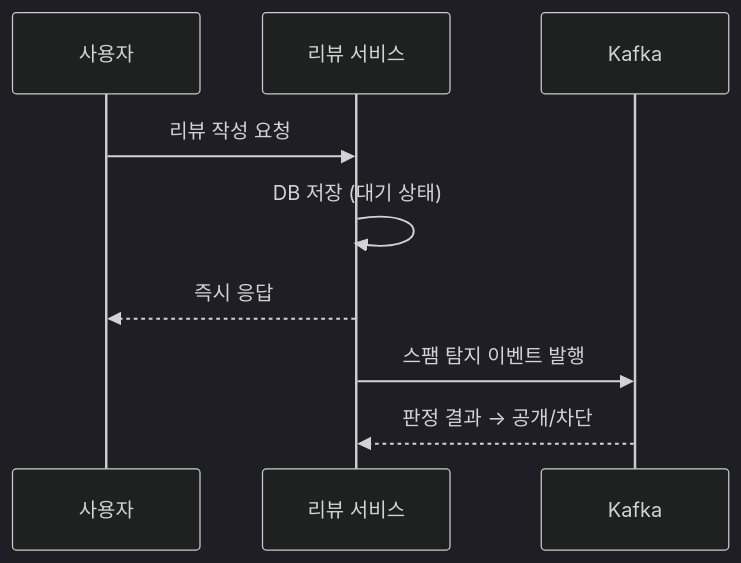
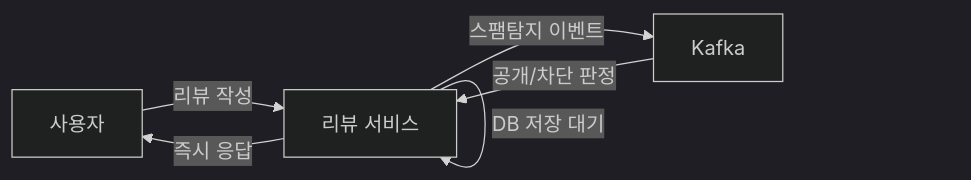
Before and after one commit to yjkim2015/yjkim2015.github.io: the second of 5 diagrams in _posts/systemdesign/2026-05-11-system-design-review.md, drawn with Mermaid (dark theme). The commit also changed other lines of this file and 84 other files, not shown here.

First line of the commit message:
85개 포스트 Mermaid 다이어그램 규칙 일괄 수정

````diff
--- a/_posts/systemdesign/2026-05-11-system-design-review.md
+++ b/_posts/systemdesign/2026-05-11-system-design-review.md
@@ -131,11 +131,8 @@
 ```mermaid
-sequenceDiagram
-    participant U as 사용자
-    participant RS as 리뷰 서비스
-    participant K as Kafka
-    U->>RS: 리뷰 작성 요청
-    RS->>RS: DB 저장 (대기 상태)
-    RS-->>U: 즉시 응답
-    RS->>K: 스팸 탐지 이벤트 발행
-    K-->>RS: 판정 결과 → 공개/차단
+graph LR
+    A[사용자] -->|리뷰 작성| B[리뷰 서비스]
+    B -->|DB 저장 대기| B
+    B -->|즉시 응답| A
+    B -->|스팸탐지 이벤트| C[Kafka]
+    C -->|공개/차단 판정| B
 ```
````
